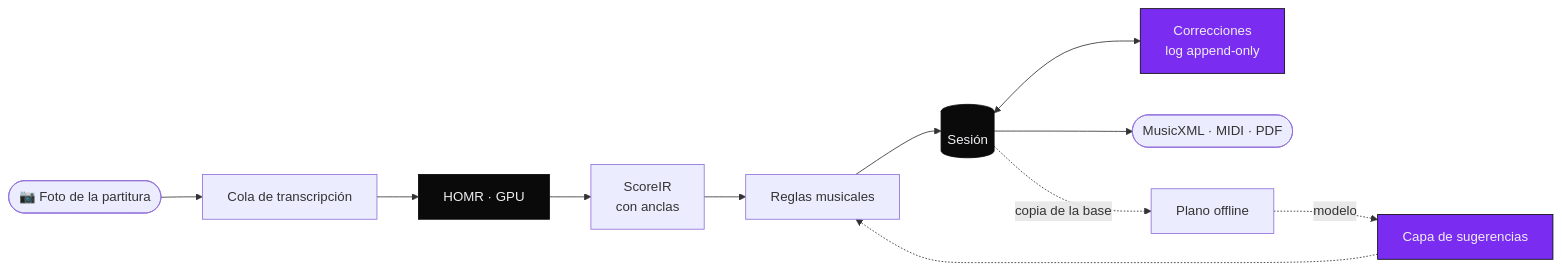
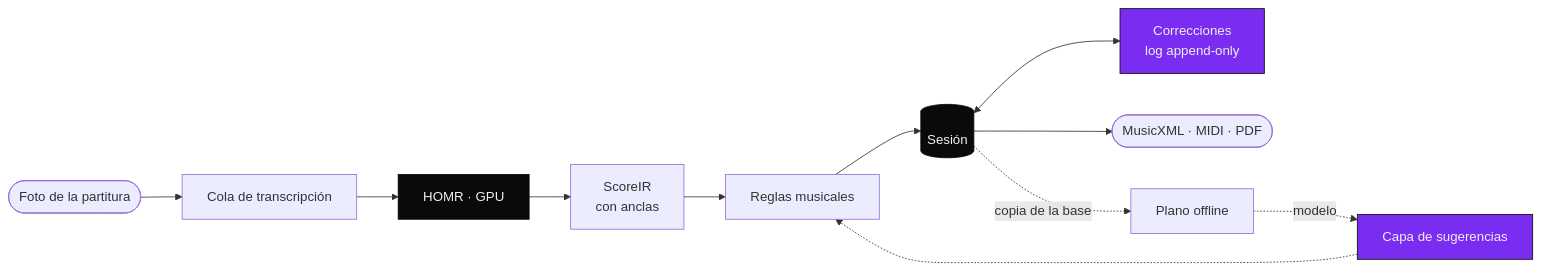
Before and after one commit to sebdavid3/Cadenza: the diagram in README.md, drawn with Mermaid. The commit also changed other lines of this file, not shown here.

````diff
--- a/README.md
+++ b/README.md
@@ -117,18 +117,18 @@
 ```mermaid
 flowchart LR
-    img(["📷 Foto de la partitura"]) --> Q["Cola de transcripción"]
+    img(["Foto de la partitura"]) --> Q["Cola de transcripción"]
     Q --> OMR["HOMR · GPU"]
     OMR --> IR["ScoreIR<br/>con anclas"]
     IR --> V["Reglas musicales"]
     V --> S[("Sesión")]
     S <--> E["Correcciones<br/>log append-only"]
     S --> X(["MusicXML · MIDI · PDF"])
     S -. copia de la base .-> OFF["Plano offline"]
     OFF -. modelo .-> SUG["Capa de sugerencias"]
     SUG -.-> V
 
     classDef violeta fill:#7a2cf0,stroke:#0a0a0a,color:#f0eff2
     classDef tinta fill:#0a0a0a,stroke:#0a0a0a,color:#f0eff2
     class E,SUG violeta
     class OMR,S tinta
 ```
````
